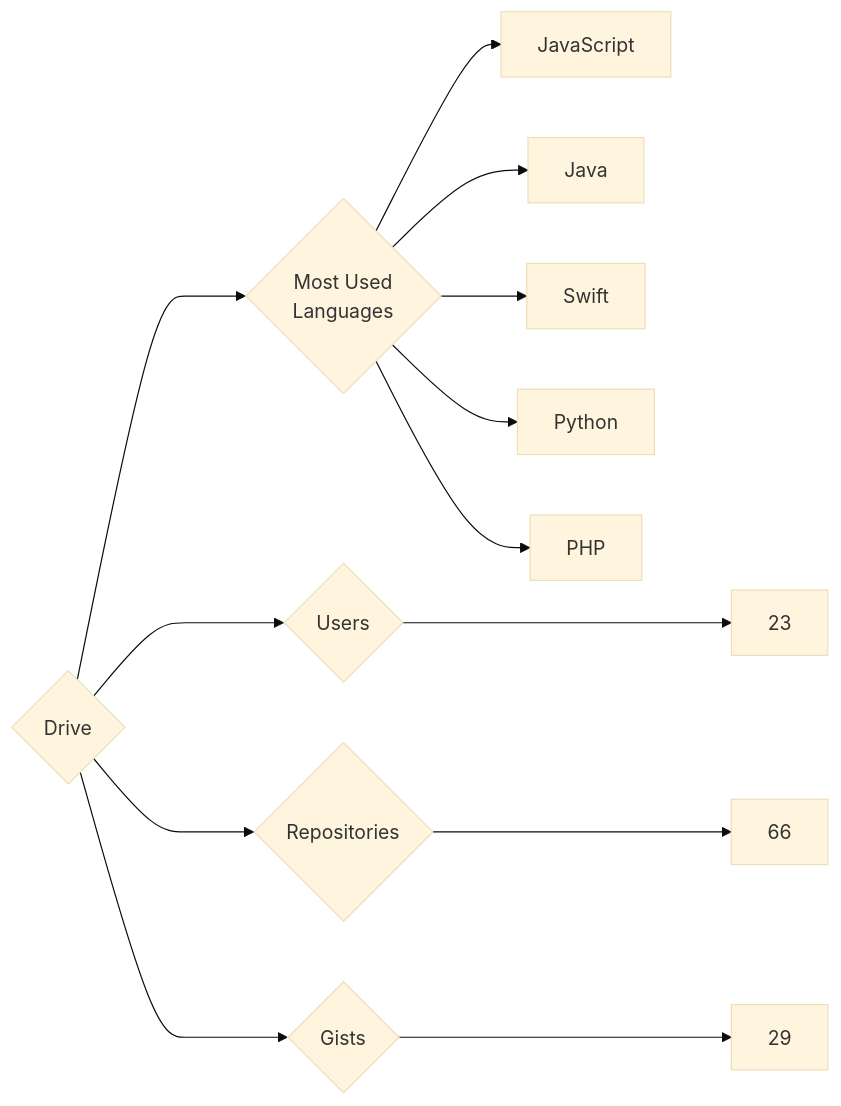
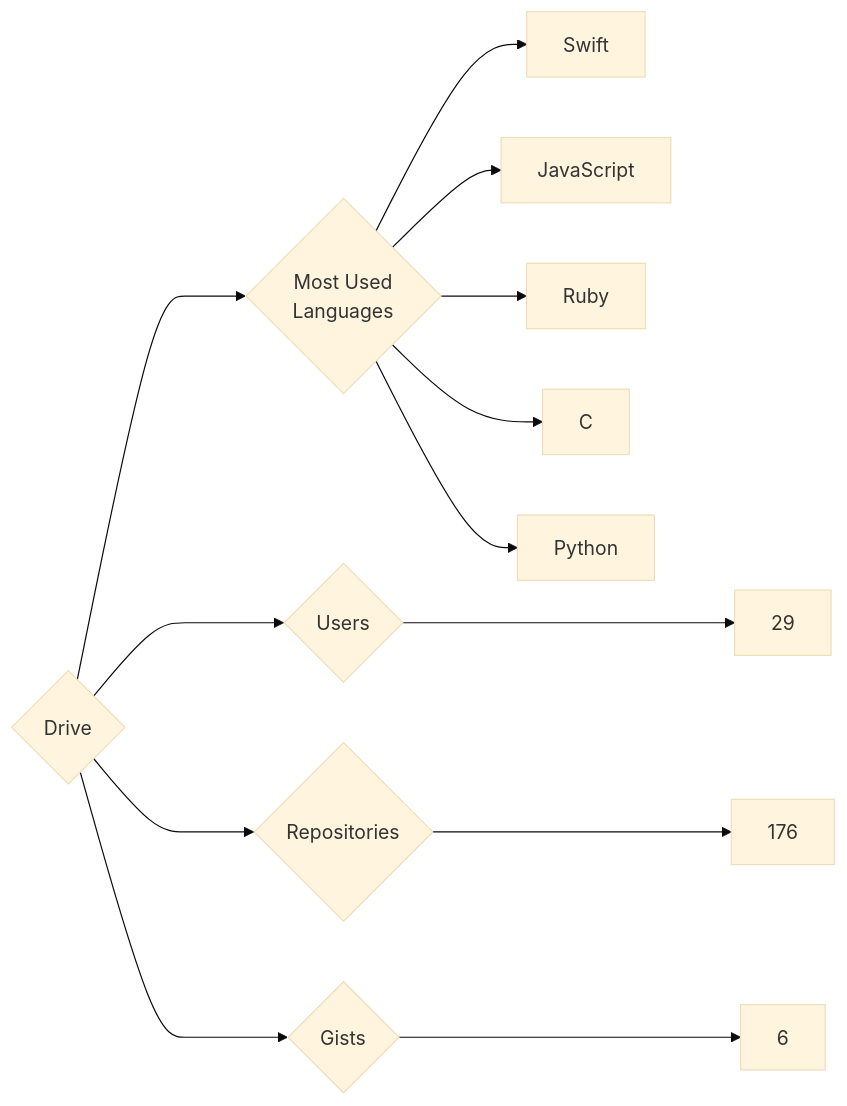
One commit to trickest/insiders changed the diagram in targets/Drive/README.md. Above: the diagram before and after it, drawn with Mermaid (base theme). The commit also changed 900 other files, not shown here.

````diff
--- a/targets/Drive/README.md
+++ b/targets/Drive/README.md
@@ -3,13 +3,13 @@
 ```mermaid
 graph LR
 COMPANY_NAME{Drive}
-COMPANY_NAME ---> U{Users} ---> UN[23]
-COMPANY_NAME ---> R{Repositories} ---> RN[66]
-COMPANY_NAME ---> G{Gists} ---> GN[29]
+COMPANY_NAME ---> U{Users} ---> UN[29]
+COMPANY_NAME ---> R{Repositories} ---> RN[176]
+COMPANY_NAME ---> G{Gists} ---> GN[6]
 COMPANY_NAME ---> ML{Most Used<br>Languages}
+ML --> Swift[Swift]
 ML --> JavaScript[JavaScript]
-ML --> Java[Java]
-ML --> Swift[Swift]
+ML --> Ruby[Ruby]
+ML --> C[C]
 ML --> Python[Python]
-ML --> PHP[PHP]
 ```
````
